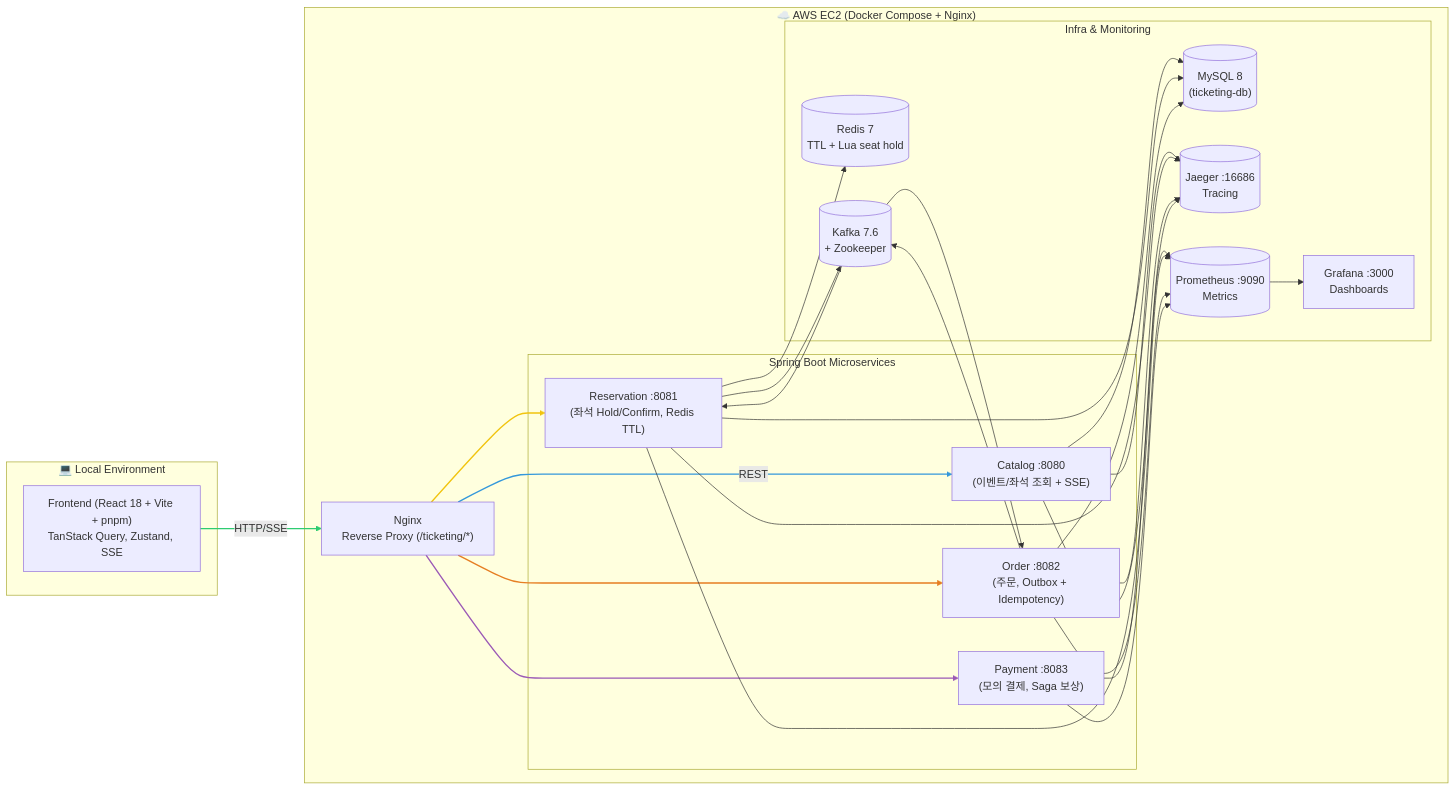
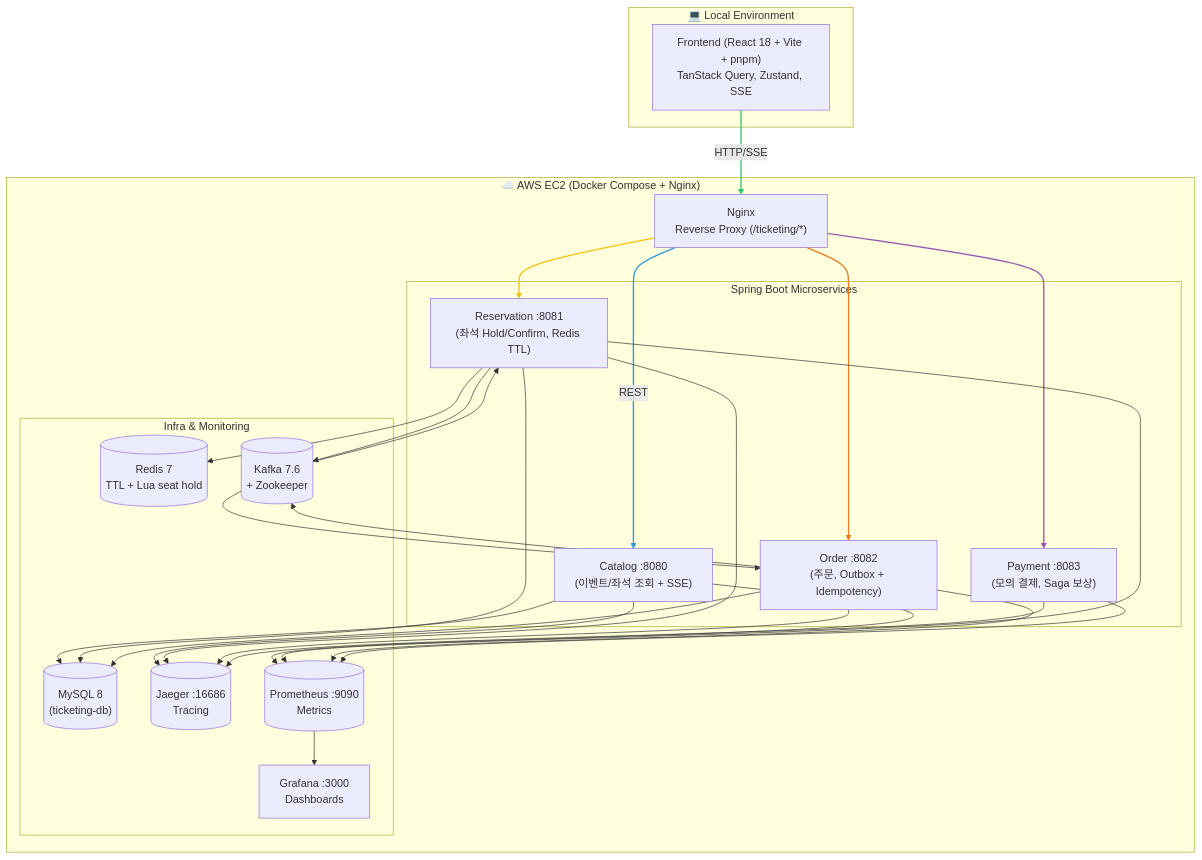
Before and after one commit to tpdus751/ticketing-project: the diagram in README.md, drawn with Mermaid.

````diff
--- a/README.md
+++ b/README.md
@@ -49,75 +49,75 @@
 ```mermaid
-flowchart LR
+flowchart TD
     %% ======================
     %% Client (Local)
     %% ======================
     subgraph Local["💻 Local Environment"]
         FE["Frontend (React 18 + Vite + pnpm)\nTanStack Query, Zustand, SSE"]
     end
 
     %% ======================
     %% AWS EC2
     %% ======================
     subgraph EC2["☁️ AWS EC2 (Docker Compose + Nginx)"]
         Nginx["Nginx\nReverse Proxy (/ticketing/*)"]
 
         %% Microservices
         subgraph BE["Spring Boot Microservices"]
             C["Catalog :8080\n(이벤트/좌석 조회 + SSE)"] 
             R["Reservation :8081\n(좌석 Hold/Confirm, Redis TTL)"] 
             O["Order :8082\n(주문, Outbox + Idempotency)"] 
             P["Payment :8083\n(모의 결제, Saga 보상)"] 
         end
 
         %% Infra
         subgraph Infra["Infra & Monitoring"]
             MySQL[("MySQL 8\n(ticketing-db)")]
             Redis[("Redis 7\nTTL + Lua seat hold")]
             Kafka[("Kafka 7.6\n+ Zookeeper")]
             Jaeger[("Jaeger :16686\nTracing")]
             Prometheus[("Prometheus :9090\nMetrics")]
             Grafana["Grafana :3000\nDashboards"]
         end
     end
 
     %% ======================
     %% Connections
     %% ======================
     FE -- HTTP/SSE --> Nginx
     Nginx -- REST --> C
     Nginx --> R
     Nginx --> O
     Nginx --> P
 
     C --> MySQL
     R --> Redis
     R --> MySQL
     O --> MySQL
     O --> Kafka
     R --> Kafka
     Kafka --> O
     Kafka --> R
 
     %% Observability
     C --> Jaeger
     R --> Jaeger
     O --> Jaeger
     P --> Jaeger
 
     C --> Prometheus
     R --> Prometheus
     O --> Prometheus
     P --> Prometheus
 
     Prometheus --> Grafana
 
     %% ======================
     %% Styling (main flows)
     %% ======================
     linkStyle 0 stroke:#2ecc71,stroke-width:2px,fill:none
     linkStyle 1 stroke:#3498db,stroke-width:2px,fill:none
     linkStyle 2 stroke:#f1c40f,stroke-width:2px,fill:none
     linkStyle 3 stroke:#e67e22,stroke-width:2px,fill:none
     linkStyle 4 stroke:#9b59b6,stroke-width:2px,fill:none
 
 ```
````
